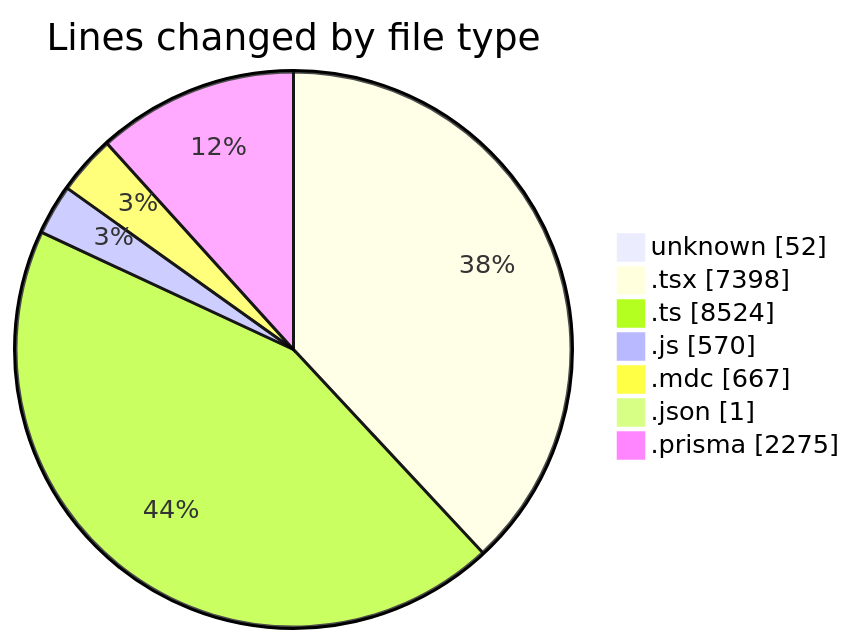
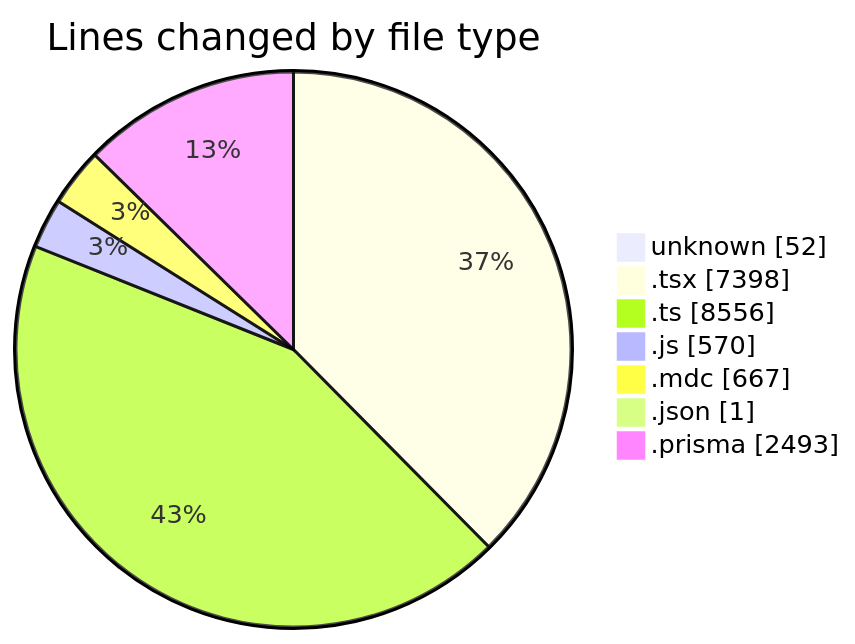
Before and after one commit to CELIANVF/code-tracking: the first of 2 diagrams in 2025-06-02/ecodeli-1/README.md, drawn with Mermaid. The commit also changed other lines of this file and 1 other file, not shown here.

````diff
--- a/2025-06-02/ecodeli-1/README.md
+++ b/2025-06-02/ecodeli-1/README.md
@@ -79,11 +79,11 @@
 ```mermaid
 pie showData
 title Lines changed by file type
 "unknown" : 52
 ".tsx" : 7398
-".ts" : 8524
+".ts" : 8556
 ".js" : 570
 ".mdc" : 667
 ".json" : 1
-".prisma" : 2275
+".prisma" : 2493
 ```
````
